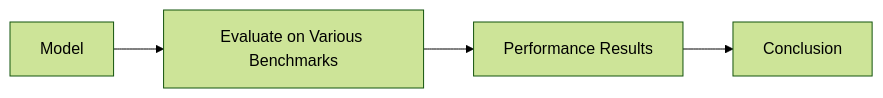
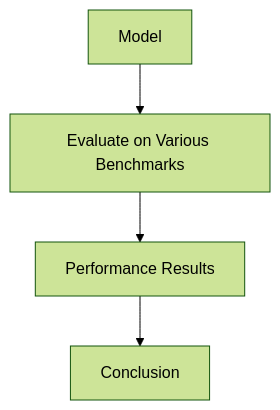
The fourth of 4 diagrams in README.md (gatepoet/LLM-Guide), drawn with Mermaid (forest theme) before and after one commit. The commit also changed other lines of this file, not shown here.

````diff
--- a/README.md
+++ b/README.md
@@ -86,6 +86,6 @@
 ```mermaid
-graph LR
-A[Model] --> B[Evaluate on Various Benchmarks]
-B --> C[Performance Results]
-C --> D[Conclusion]
+    graph
+    A[Model] --> B[Evaluate on Various Benchmarks]
+    B --> C[Performance Results]
+    C --> D[Conclusion]
 ```
````
